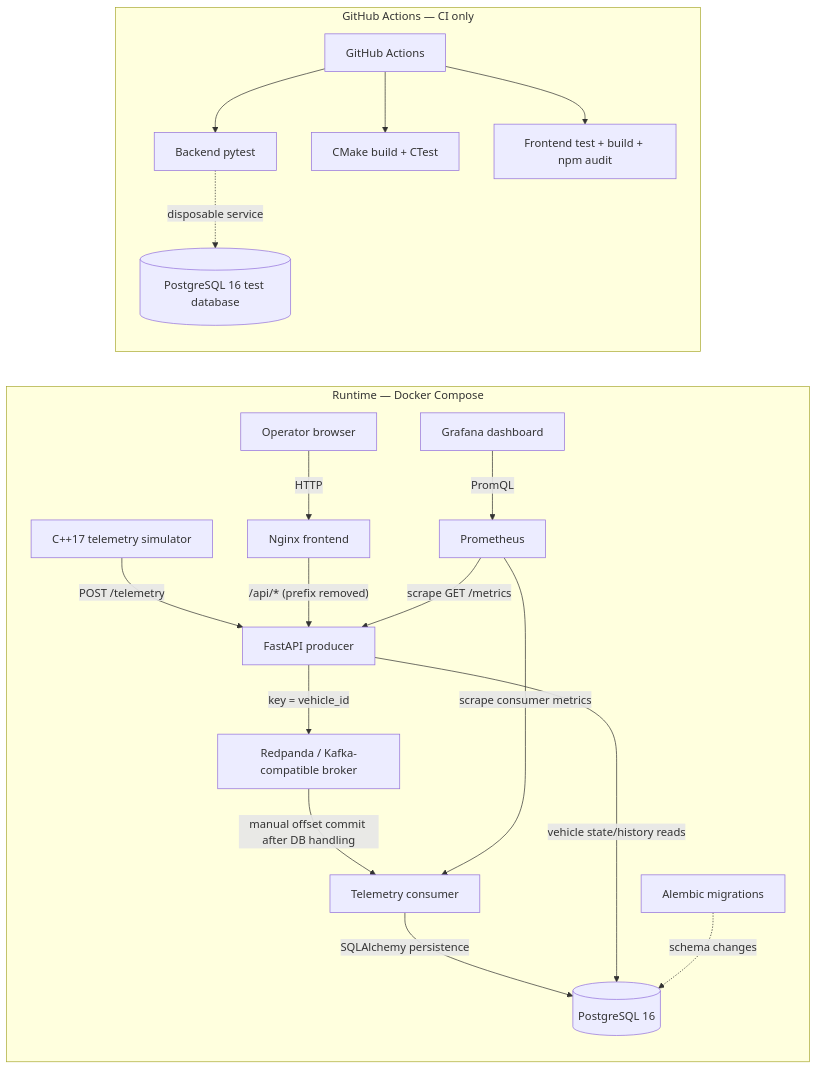
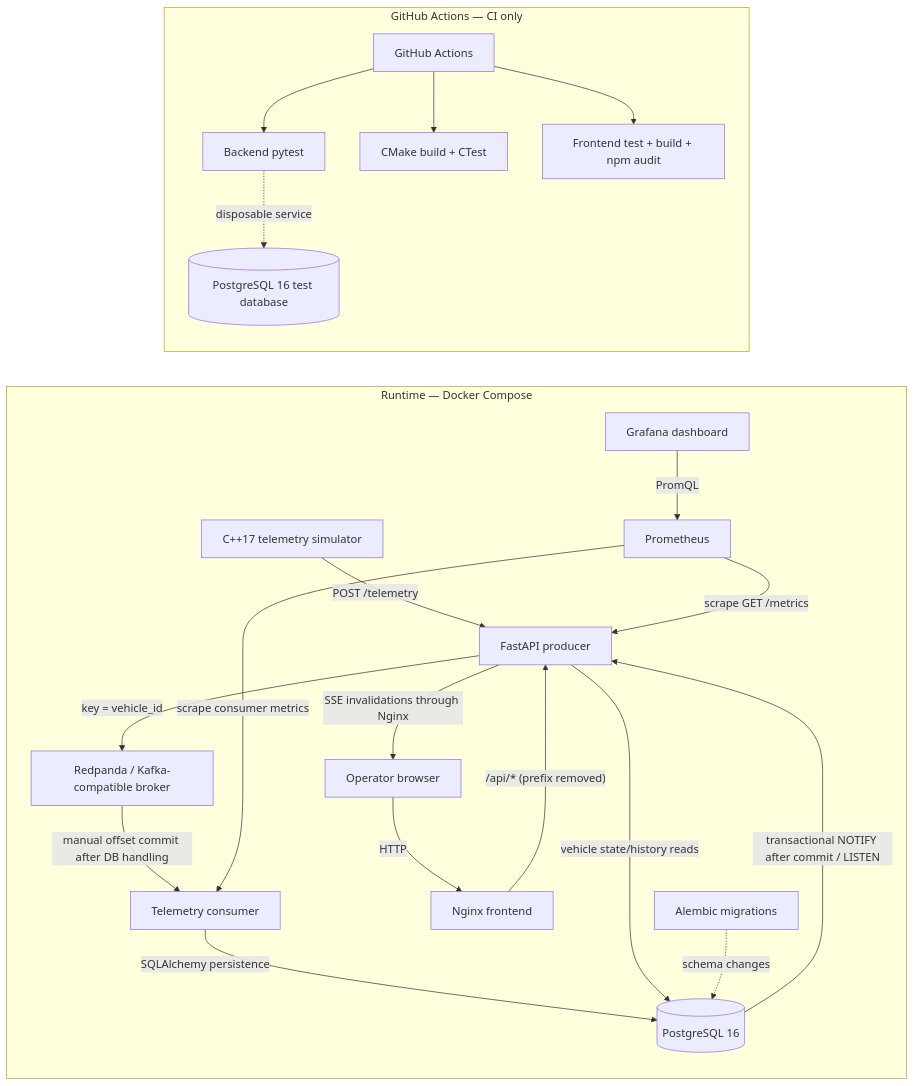
The diagram in README.md (KrishanMaheswaran/waypoint), drawn with Mermaid before and after one commit. The commit also changed other lines of this file and 14 other files, not shown here.

Commit message:
feat: add live fleet updates with PostgreSQL notifications and SSE

````diff
--- a/README.md
+++ b/README.md
@@ -22,23 +22,25 @@
 ```mermaid
 flowchart LR
   subgraph Runtime["Runtime — Docker Compose"]
     Simulator["C++17 telemetry simulator"] -->|"POST /telemetry"| API["FastAPI producer"]
     API -->|"key = vehicle_id"| Broker["Redpanda / Kafka-compatible broker"]
     Broker -->|"manual offset commit after DB handling"| Consumer["Telemetry consumer"]
     Consumer -->|"SQLAlchemy persistence"| PostgreSQL[("PostgreSQL 16")]
     Browser["Operator browser"] -->|"HTTP"| Nginx["Nginx frontend"]
     Nginx -->|"/api/* (prefix removed)"| API
     API -->|"vehicle state/history reads"| PostgreSQL
+    PostgreSQL -->|"transactional NOTIFY after commit / LISTEN"| API
+    API -->|"SSE invalidations through Nginx"| Browser
     Alembic["Alembic migrations"] -.->|"schema changes"| PostgreSQL
     Prometheus["Prometheus"] -->|"scrape GET /metrics"| API
     Prometheus -->|"scrape consumer metrics"| Consumer
     Grafana["Grafana dashboard"] -->|"PromQL"| Prometheus
   end
 
   subgraph CI["GitHub Actions — CI only"]
     Actions["GitHub Actions"] --> BackendTests["Backend pytest"]
     Actions --> SimulatorTests["CMake build + CTest"]
     Actions --> FrontendTests["Frontend test + build + npm audit"]
     BackendTests -.->|"disposable service"| TestPostgreSQL[("PostgreSQL 16 test database")]
   end
 ```
````
